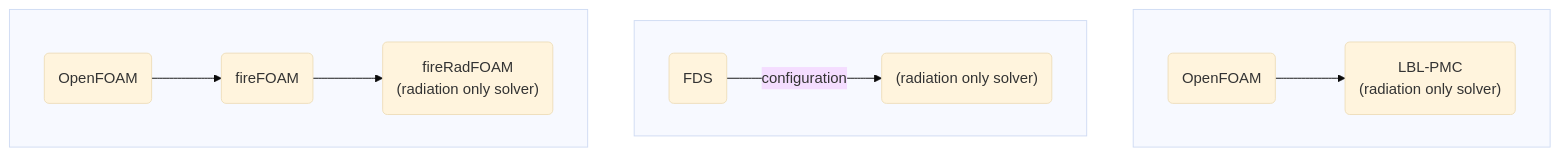
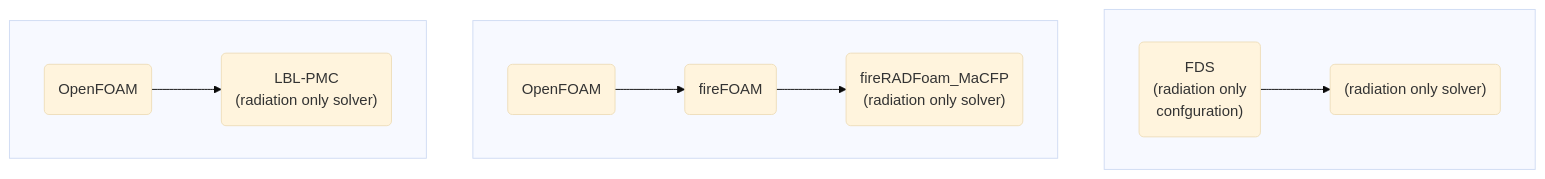
The second of 3 diagrams in README.md (jsaileruow/radi-db), drawn with Mermaid (base theme) before and after one commit. The commit also changed other lines of this file, not shown here.

Commit message:
diagrams and methodology chapter added

````diff
--- a/README.md
+++ b/README.md
@@ -133,15 +153,17 @@
 ```mermaid
 flowchart TD
 subgraph " "
-  f("`OpenFOAM`") -- "` `" --> g("`LBL-PMC
-  (radiation only solver)`") 
+  d("`FDS
+  (radiation only 
+  confguration)`") -- "` `" --> e("(radiation only solver)")
 end
 subgraph " "
-  d("`FDS`") -- "`configuration`" --> e("(radiation only solver)")
-end
-subgraph " "
-  a("`OpenFOAM`") -- " " --> b("`fireFOAM`") -- " " --> c("`fireRadFOAM
+  a("`OpenFOAM`") -- " " --> b("`fireFOAM`") -- " " --> c("`fireRADFoam_MaCFP
   (radiation only solver)`")
     click c "/Utilities/OpenFOAM/fireRADFoam_MaCFP" "some desc when mouse hover"
 end
+subgraph " "
+  f("`OpenFOAM`") -- "` `" --> g("`LBL-PMC
+(radiation only solver)`") 
+end
 ```
````
